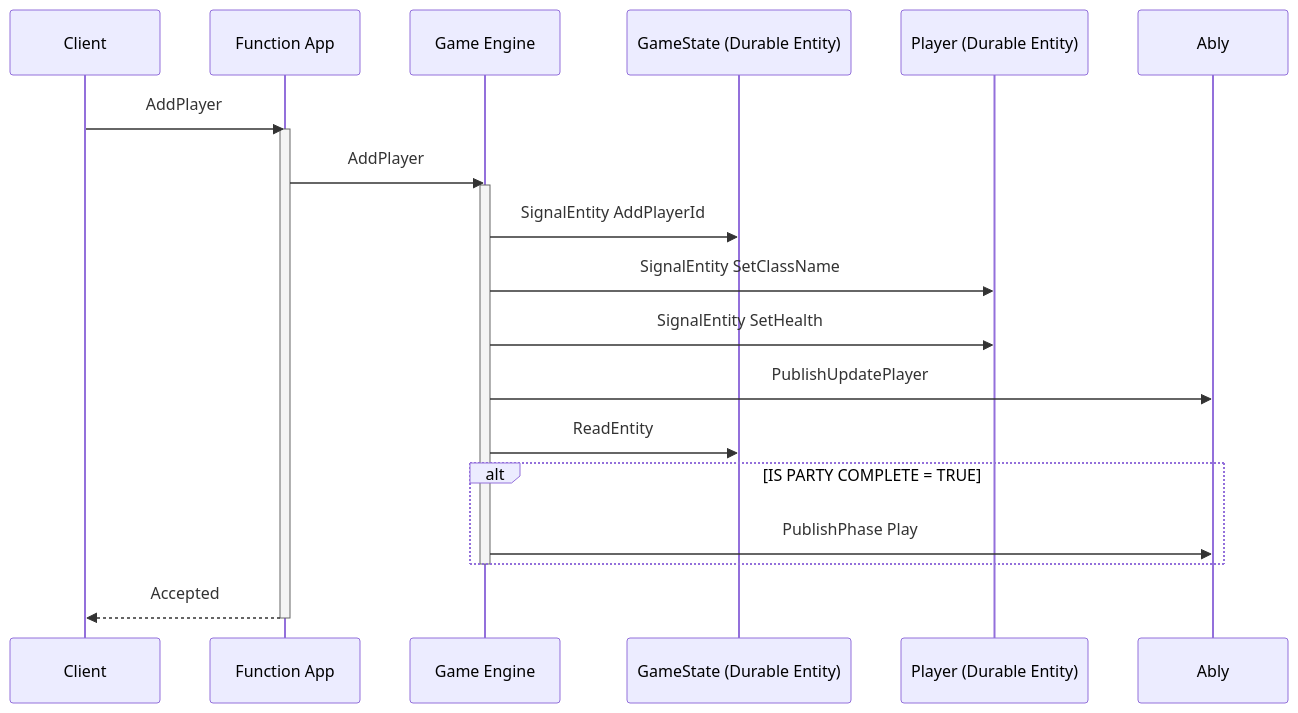
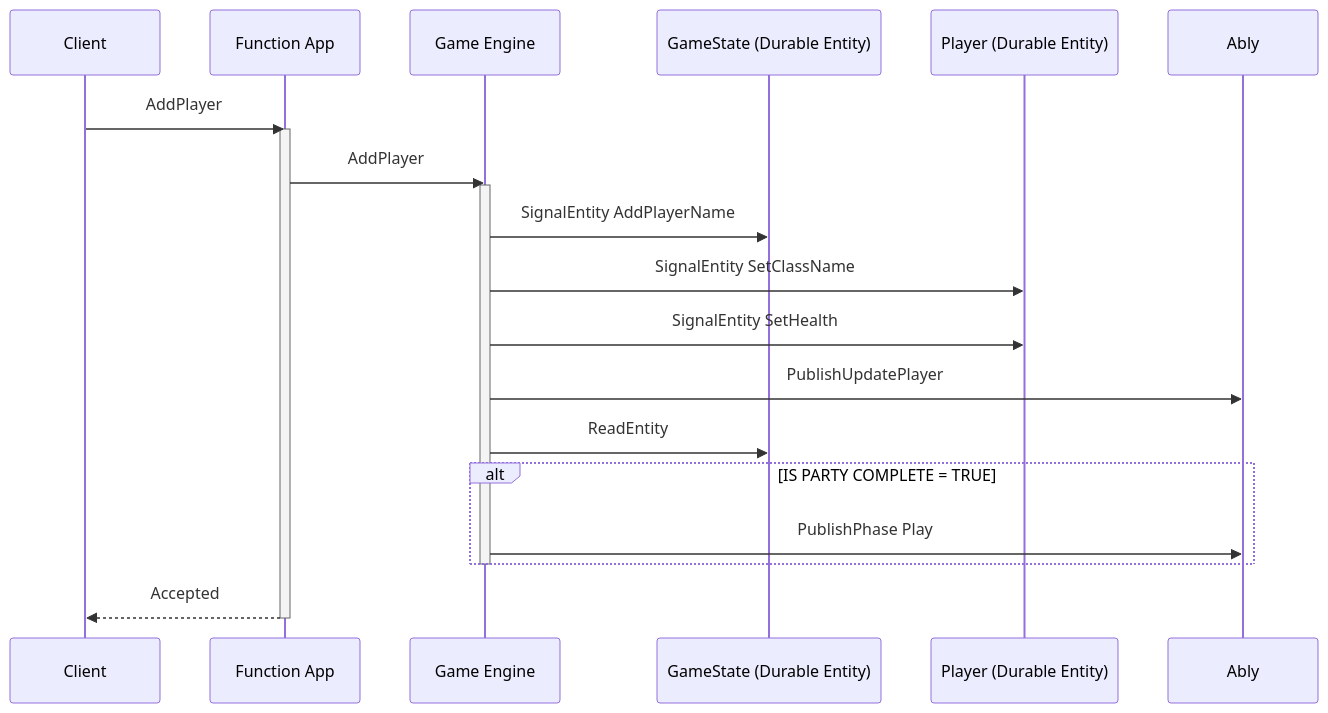
Before and after one commit to ably-labs/serverless-websockets-quest: the diagram in docs/AddPlayer.mmd, drawn with Mermaid. The commit also changed 27 other files, not shown here.

```diff
--- a/docs/AddPlayer.mmd
+++ b/docs/AddPlayer.mmd
@@ -1,16 +1,16 @@
 sequenceDiagram
   Client ->> Function App: AddPlayer
   activate Function App
   Function App ->> Game Engine: AddPlayer
   activate Game Engine
-  Game Engine ->> GameState (Durable Entity): SignalEntity AddPlayerId
+  Game Engine ->> GameState (Durable Entity): SignalEntity AddPlayerName
   Game Engine ->> Player (Durable Entity): SignalEntity SetClassName
   Game Engine ->> Player (Durable Entity):  SignalEntity SetHealth
   Game Engine ->> Ably: PublishUpdatePlayer
   Game Engine ->> GameState (Durable Entity): ReadEntity
   alt IS PARTY COMPLETE = TRUE
     Game Engine ->> Ably: PublishPhase Play
   end
   deactivate Game Engine
   Function App -->> Client: Accepted
   deactivate Function App
```
